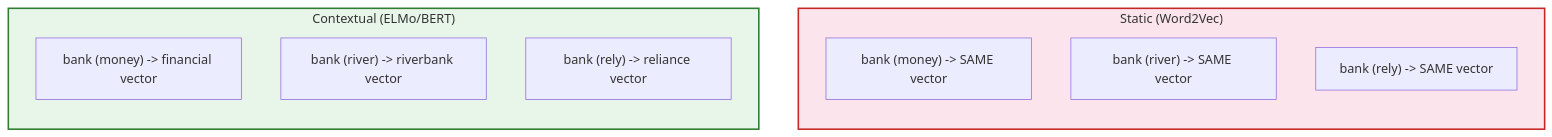
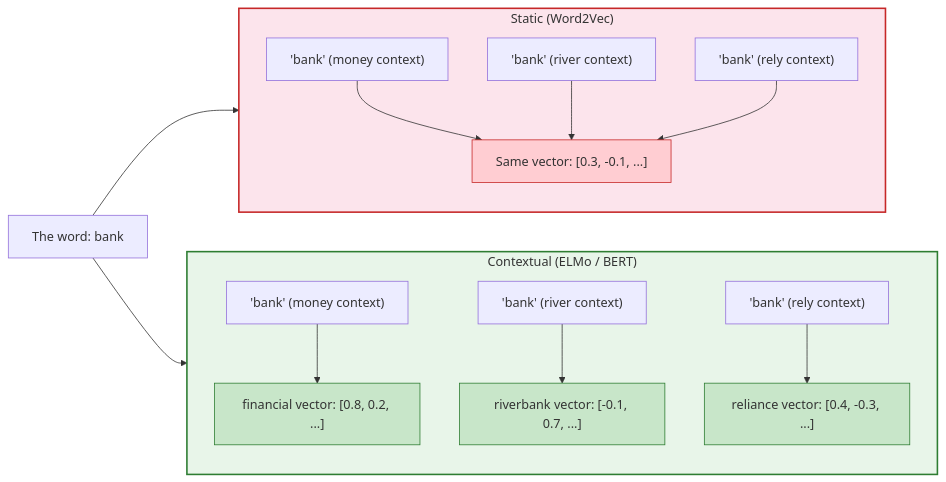
One commit to ApartsinProjects/LLMBook changed the diagram in part-1-foundations/module-01-foundations-nlp-text-representation/images/fig-1.4.2-static-contextual.mmd. Above: the diagram before and after it, drawn with Mermaid. The commit also changed 1247 other files, not shown here.

```diff
--- a/part-1-foundations/module-01-foundations-nlp-text-representation/images/fig-1.4.2-static-contextual.mmd
+++ b/part-1-foundations/module-01-foundations-nlp-text-representation/images/fig-1.4.2-static-contextual.mmd
@@ -1,16 +1,30 @@
-flowchart TB
+flowchart LR
+    W["The word: bank"]
+
     subgraph STATIC["Static (Word2Vec)"]
         direction TB
-        S1["bank (money) -> SAME vector"]
-        S2["bank (river) -> SAME vector"]
-        S3["bank (rely) -> SAME vector"]
+        S1["'bank' (money context)"]
+        S2["'bank' (river context)"]
+        S3["'bank' (rely context)"]
+        SV["Same vector: [0.3, -0.1, ...]"]
+        S1 --> SV
+        S2 --> SV
+        S3 --> SV
     end
-    subgraph CTX["Contextual (ELMo/BERT)"]
+
+    subgraph CTX["Contextual (ELMo / BERT)"]
         direction TB
-        C1["bank (money) -> financial vector"]
-        C2["bank (river) -> riverbank vector"]
-        C3["bank (rely) -> reliance vector"]
+        C1["'bank' (money context)"] --> CV1["financial vector: [0.8, 0.2, ...]"]
+        C2["'bank' (river context)"] --> CV2["riverbank vector: [-0.1, 0.7, ...]"]
+        C3["'bank' (rely context)"] --> CV3["reliance vector: [0.4, -0.3, ...]"]
     end
+
+    W --> STATIC
+    W --> CTX
 
     style STATIC fill:#fce4ec,stroke:#c62828,stroke-width:2px
     style CTX fill:#e8f5e9,stroke:#2e7d32,stroke-width:2px
+    style SV fill:#ffcdd2,stroke:#c62828
+    style CV1 fill:#c8e6c9,stroke:#2e7d32
+    style CV2 fill:#c8e6c9,stroke:#2e7d32
+    style CV3 fill:#c8e6c9,stroke:#2e7d32
```
